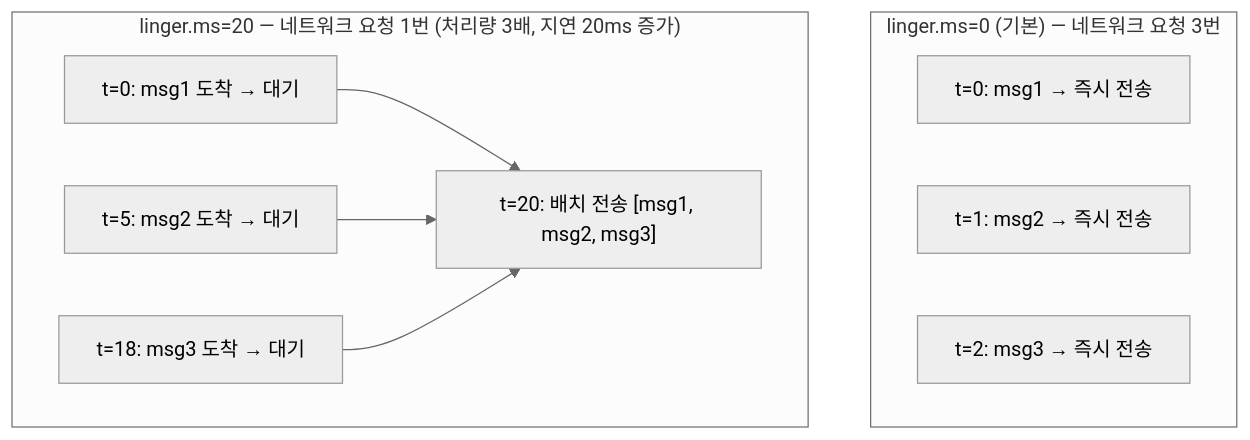
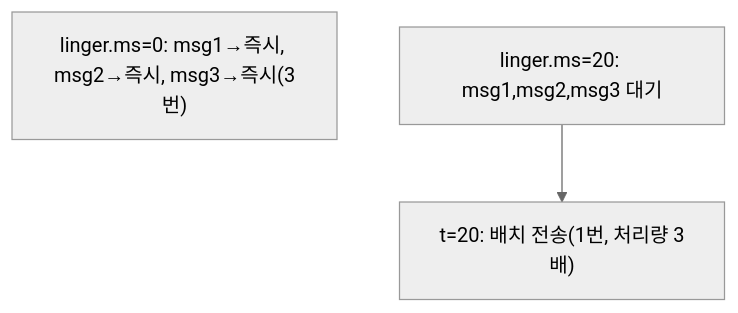
One commit to yjkim2015/yjkim2015.github.io changed the third of 21 diagrams in _posts/kafka/2026-05-01-kafka-internals.md. Above: the diagram before and after it, drawn with Mermaid (neutral theme). The commit also changed other lines of this file and 215 other files, not shown here.

First line of the commit message:
신규 포스트 10개 추가 + Mermaid 전면 축소 + SystemDesign 시리즈 보강

````diff
--- a/_posts/kafka/2026-05-01-kafka-internals.md
+++ b/_posts/kafka/2026-05-01-kafka-internals.md
@@ -64,17 +54,6 @@
 ```mermaid
 graph TD
-    subgraph linger0["linger.ms=0 (기본) — 네트워크 요청 3번"]
-        L0A["t=0: msg1 → 즉시 전송"]
-        L0B["t=1: msg2 → 즉시 전송"]
-        L0C["t=2: msg3 → 즉시 전송"]
-    end
-    subgraph linger20["linger.ms=20 — 네트워크 요청 1번 (처리량 3배, 지연 20ms 증가)"]
-        L1A["t=0: msg1 도착 → 대기"]
-        L1B["t=5: msg2 도착 → 대기"]
-        L1C["t=18: msg3 도착 → 대기"]
-        L1D["t=20: 배치 전송 [msg1, msg2, msg3]"]
-        L1A --> L1D
-        L1B --> L1D
-        L1C --> L1D
-    end
+    A["linger.ms=0: msg1→즉시, msg2→즉시, msg3→즉시(3번)"]
+    B["linger.ms=20: msg1,msg2,msg3 대기"]
+    B --> C["t=20: 배치 전송(1번, 처리량 3배)"]
 ```
````
